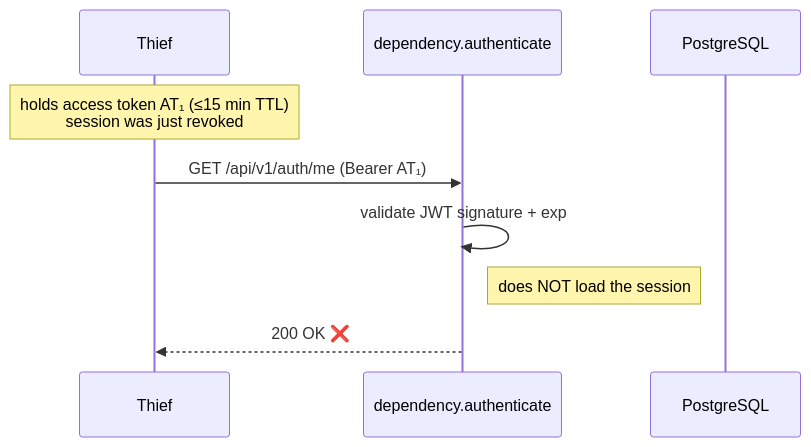
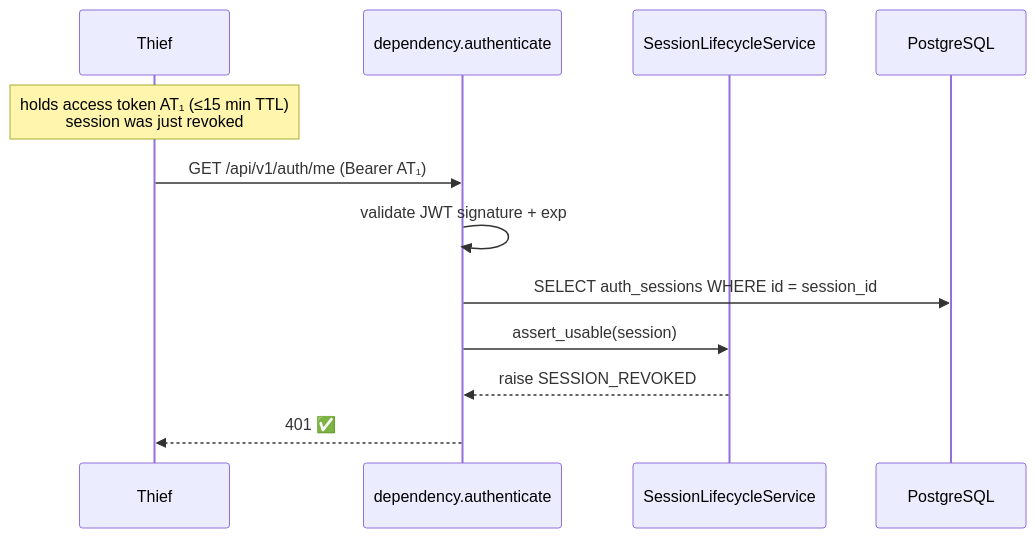
The third of 4 diagrams in docs/architecture/sequences/02-token-refresh-and-reuse.md (Umair-zaka-ui/ai-agent-control-tower), drawn with Mermaid before and after one commit. The commit also changed other lines of this file and 15 other files, not shown here.

````diff
--- a/docs/architecture/sequences/02-token-refresh-and-reuse.md
+++ b/docs/architecture/sequences/02-token-refresh-and-reuse.md
@@ -101,12 +105,15 @@
 ```mermaid
 sequenceDiagram
     participant Thief
     participant D as dependency.authenticate
+    participant L as SessionLifecycleService
     participant DB as PostgreSQL
 
     Note over Thief: holds access token AT₁ (≤15 min TTL)<br/>session was just revoked
     Thief->>D: GET /api/v1/auth/me  (Bearer AT₁)
     D->>D: validate JWT signature + exp
-    Note right of D: does NOT load the session
-    D-->>Thief: 200 OK ❌
+    D->>DB: SELECT auth_sessions WHERE id = session_id
+    D->>L: assert_usable(session)
+    L-->>D: raise SESSION_REVOKED
+    D-->>Thief: 401 ✅
 ```
````
